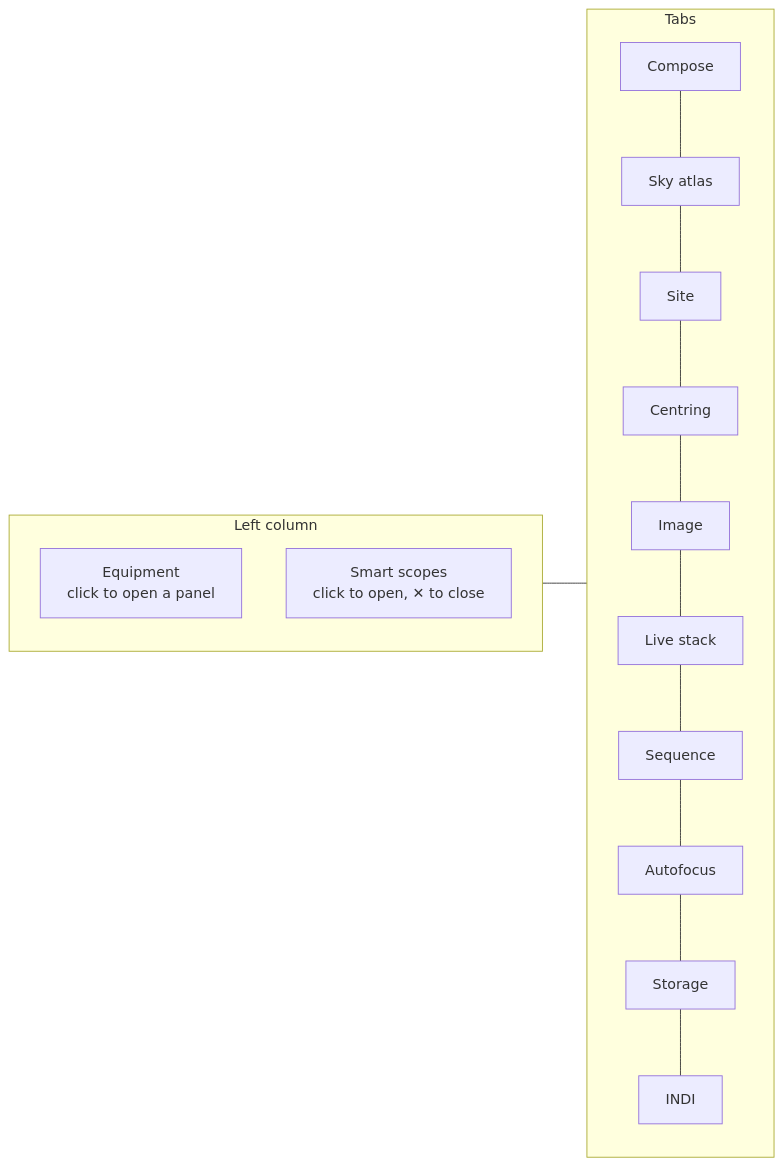
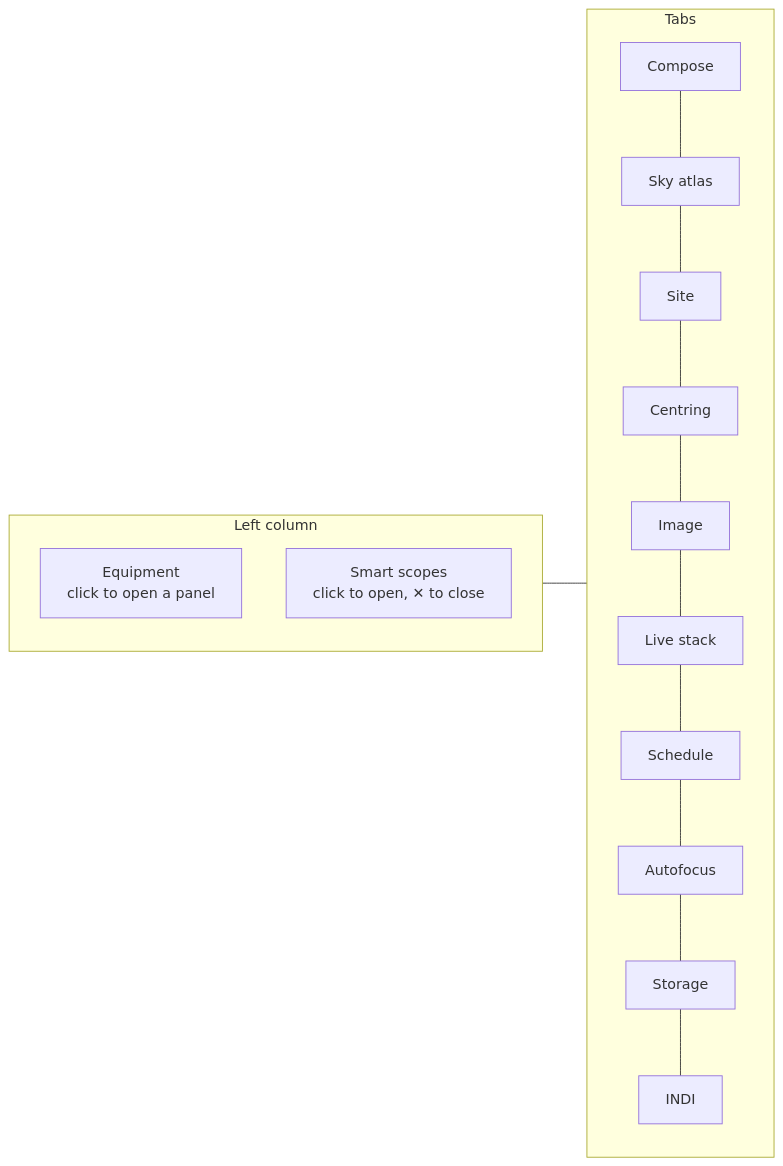
Before and after one commit to UltraGeekDEV/ELink-Astro: the second of 4 diagrams in docs/user-guide.md, drawn with Mermaid. The commit also changed other lines of this file and 28 other files, not shown here.

````diff
--- a/docs/user-guide.md
+++ b/docs/user-guide.md
@@ -56,12 +56,12 @@
 ```mermaid
 flowchart LR
     subgraph Left[Left column]
         E[Equipment<br/>click to open a panel]
         S[Smart scopes<br/>click to open, ✕ to close]
     end
     subgraph Tabs
         T1[Compose] --- T2[Sky atlas] --- T2b[Site] --- T3[Centring] --- T4[Image] --- T4b[Live stack]
-        T4b --- T5[Sequence] --- T6[Autofocus] --- T7[Storage] --- T8[INDI]
+        T4b --- T5[Schedule] --- T6[Autofocus] --- T7[Storage] --- T8[INDI]
     end
     Left --- Tabs
 ```
````
